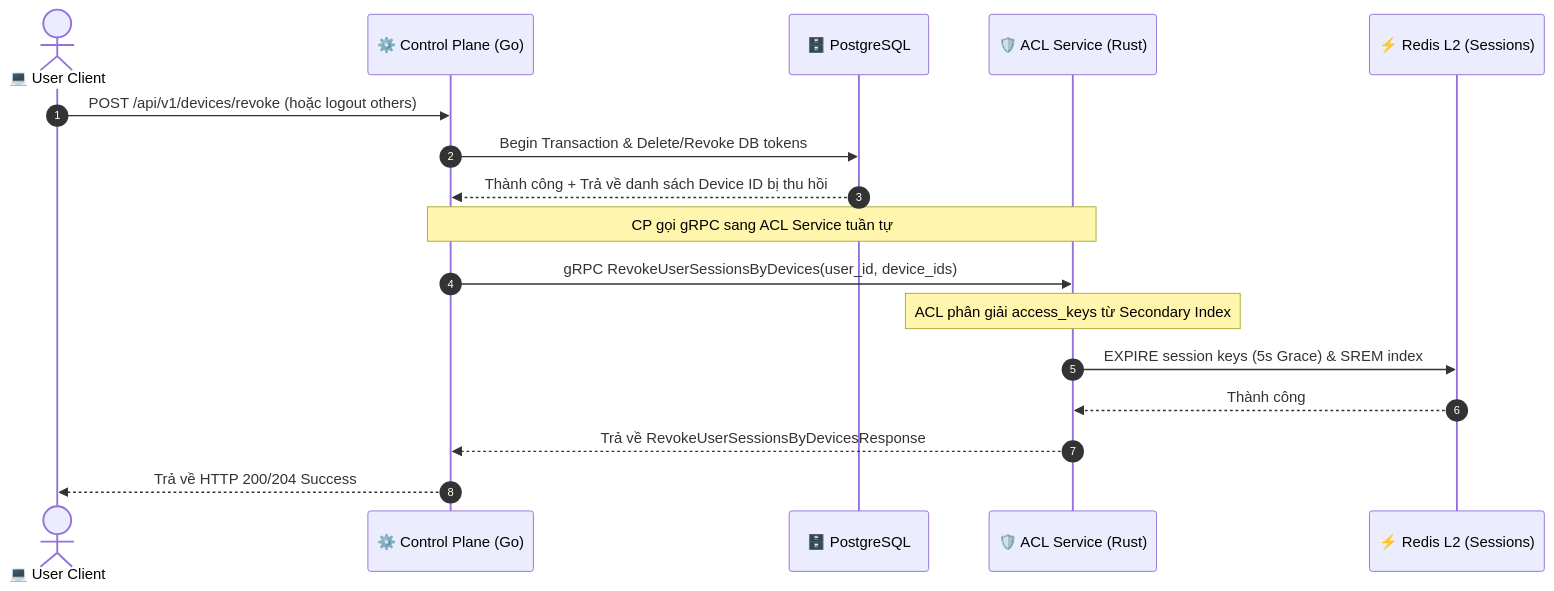
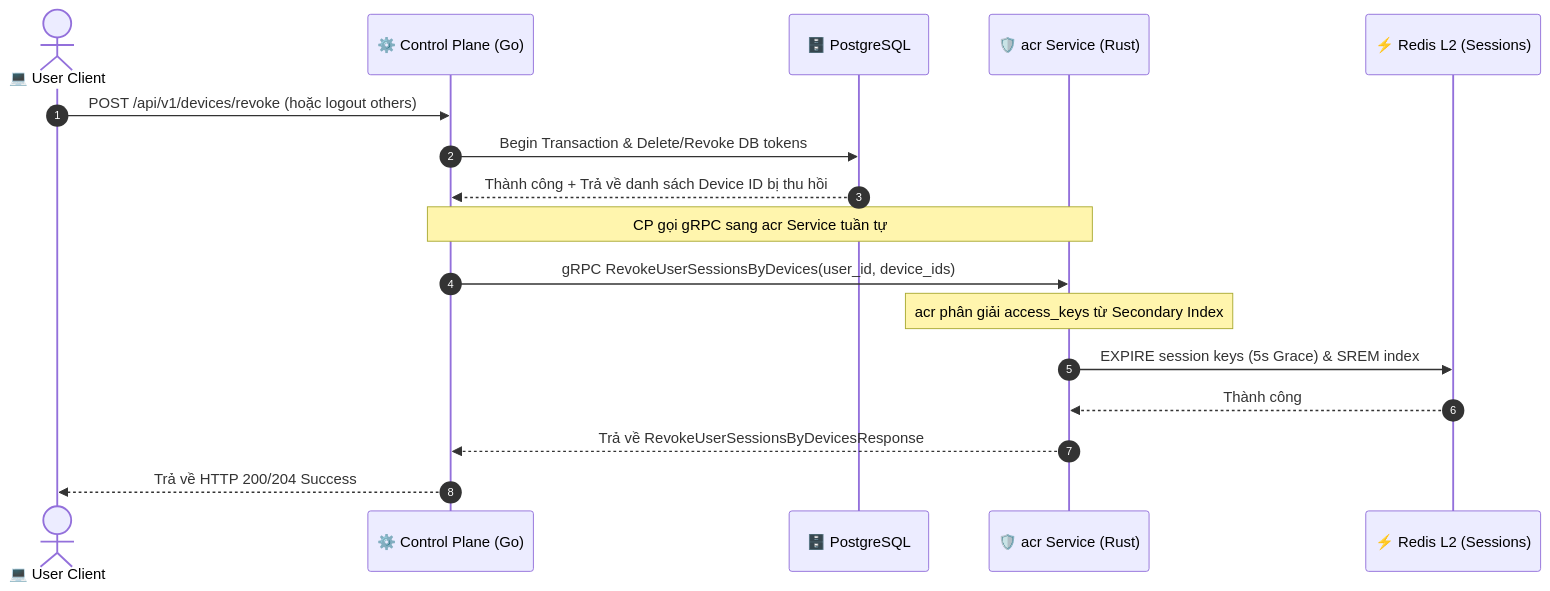
One commit to phucle996/aurora changed the diagram in god_view/iam/device_session_revocation_god_view_workflow.md. Above: the diagram before and after it, drawn with Mermaid. The commit also changed other lines of this file and 72 other files, not shown here.

Commit message:
refactor: remove policy engine and modularize session management service

````diff
--- a/god_view/iam/device_session_revocation_god_view_workflow.md
+++ b/god_view/iam/device_session_revocation_god_view_workflow.md
@@ -25,23 +25,23 @@
 ```mermaid
 sequenceDiagram
     autonumber
     actor User as 💻 User Client
     participant CP as ⚙️ Control Plane (Go)
     participant DB as 🗄️ PostgreSQL
-    participant ACL as 🛡️ ACL Service (Rust)
+    participant acr as 🛡️ acr Service (Rust)
     participant L2 as ⚡ Redis L2 (Sessions)
 
     User->>CP: POST /api/v1/devices/revoke (hoặc logout others)
     CP->>DB: Begin Transaction & Delete/Revoke DB tokens
     DB-->>CP: Thành công + Trả về danh sách Device ID bị thu hồi
     
-    Note over CP,ACL: CP gọi gRPC sang ACL Service tuần tự
-    CP->>ACL: gRPC RevokeUserSessionsByDevices(user_id, device_ids)
+    Note over CP,acr: CP gọi gRPC sang acr Service tuần tự
+    CP->>acr: gRPC RevokeUserSessionsByDevices(user_id, device_ids)
     
-    Note over ACL: ACL phân giải access_keys từ Secondary Index
-    ACL->>L2: EXPIRE session keys (5s Grace) & SREM index
-    L2-->>ACL: Thành công
+    Note over acr: acr phân giải access_keys từ Secondary Index
+    acr->>L2: EXPIRE session keys (5s Grace) & SREM index
+    L2-->>acr: Thành công
     
-    ACL-->>CP: Trả về RevokeUserSessionsByDevicesResponse
+    acr-->>CP: Trả về RevokeUserSessionsByDevicesResponse
     CP-->>User: Trả về HTTP 200/204 Success
 ```
````
